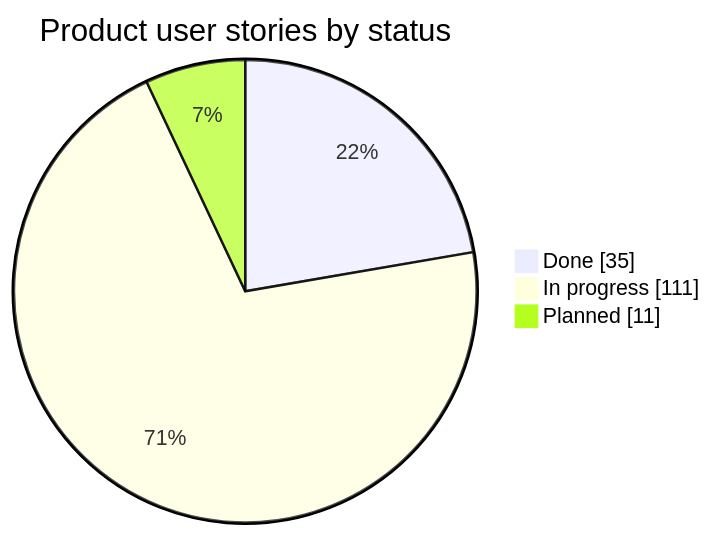
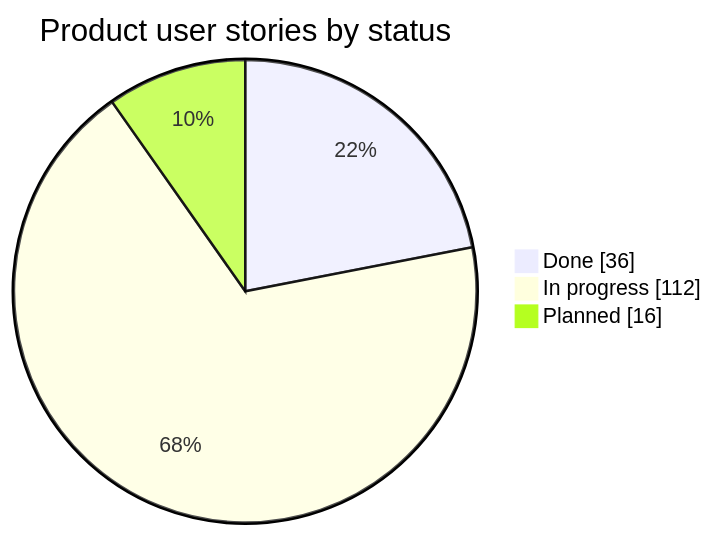
The first of 3 diagrams in README.md (PflanzenDex/PflanzenDex), drawn with Mermaid before and after one commit. The commit also changed other lines of this file, not shown here.

````diff
--- a/README.md
+++ b/README.md
@@ -33,6 +33,6 @@
 ```mermaid
 pie showData title Product user stories by status
-  "Done" : 35
-  "In progress" : 111
-  "Planned" : 11
+  "Done" : 36
+  "In progress" : 112
+  "Planned" : 16
 ```
````
